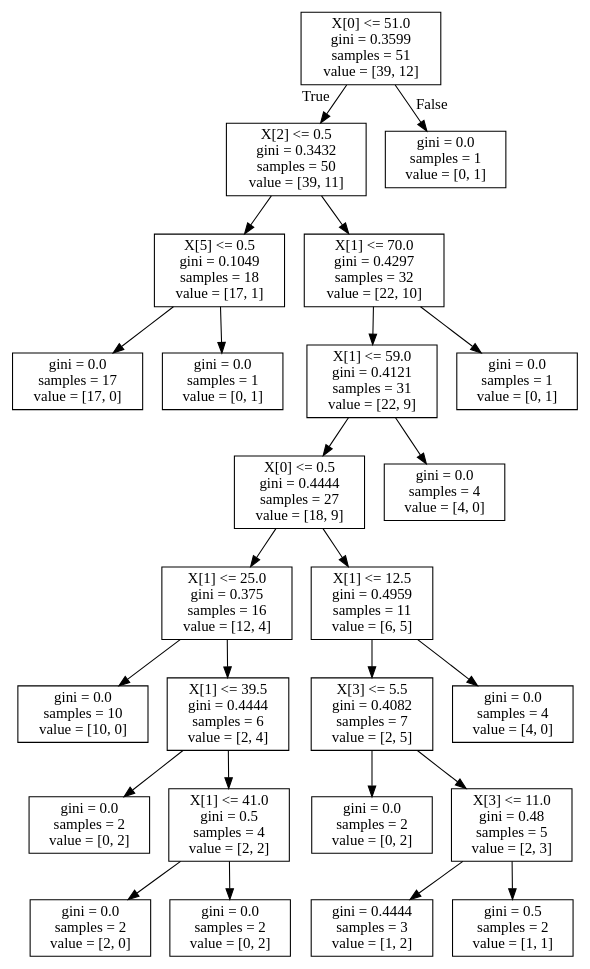
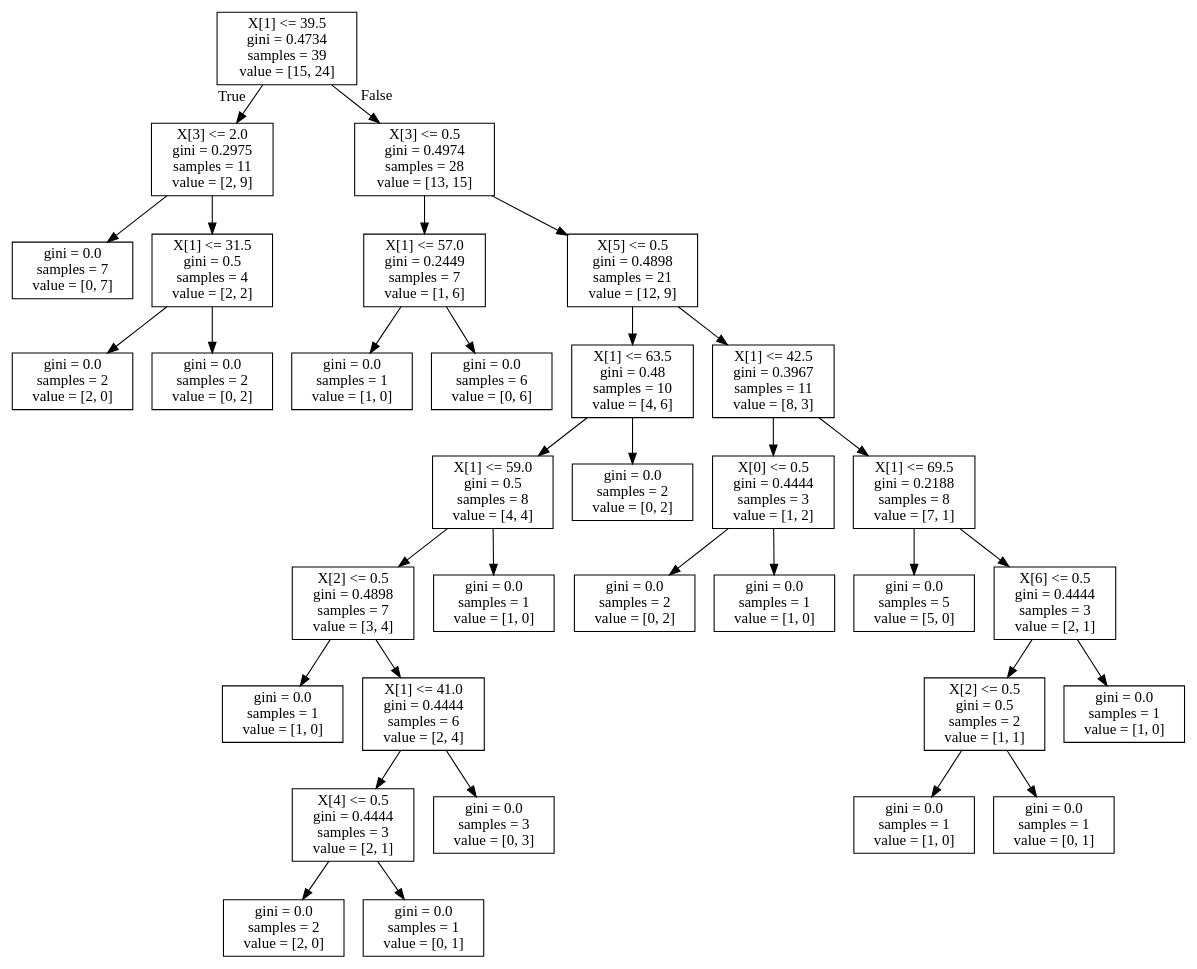
Before and after one commit to DeepinSC/Machine_learning-Countryside: the diagram in iris.dot, drawn with Graphviz. The commit also changed 4 other files, not shown here.

```diff
--- a/iris.dot
+++ b/iris.dot
@@ -1,52 +1,68 @@
 digraph Tree {
 node [shape=box] ;
-0 [label="X[0] <= 51.0\ngini = 0.3599\nsamples = 51\nvalue = [39, 12]"] ;
-1 [label="X[2] <= 0.5\ngini = 0.3432\nsamples = 50\nvalue = [39, 11]"] ;
+0 [label="X[1] <= 39.5\ngini = 0.4734\nsamples = 39\nvalue = [15, 24]"] ;
+1 [label="X[3] <= 2.0\ngini = 0.2975\nsamples = 11\nvalue = [2, 9]"] ;
 0 -> 1 [labeldistance=2.5, labelangle=45, headlabel="True"] ;
-2 [label="X[5] <= 0.5\ngini = 0.1049\nsamples = 18\nvalue = [17, 1]"] ;
+2 [label="gini = 0.0\nsamples = 7\nvalue = [0, 7]"] ;
 1 -> 2 ;
-3 [label="gini = 0.0\nsamples = 17\nvalue = [17, 0]"] ;
-2 -> 3 ;
-4 [label="gini = 0.0\nsamples = 1\nvalue = [0, 1]"] ;
-2 -> 4 ;
-5 [label="X[1] <= 70.0\ngini = 0.4297\nsamples = 32\nvalue = [22, 10]"] ;
-1 -> 5 ;
-6 [label="X[1] <= 59.0\ngini = 0.4121\nsamples = 31\nvalue = [22, 9]"] ;
-5 -> 6 ;
-7 [label="X[0] <= 0.5\ngini = 0.4444\nsamples = 27\nvalue = [18, 9]"] ;
+3 [label="X[1] <= 31.5\ngini = 0.5\nsamples = 4\nvalue = [2, 2]"] ;
+1 -> 3 ;
+4 [label="gini = 0.0\nsamples = 2\nvalue = [2, 0]"] ;
+3 -> 4 ;
+5 [label="gini = 0.0\nsamples = 2\nvalue = [0, 2]"] ;
+3 -> 5 ;
+6 [label="X[3] <= 0.5\ngini = 0.4974\nsamples = 28\nvalue = [13, 15]"] ;
+0 -> 6 [labeldistance=2.5, labelangle=-45, headlabel="False"] ;
+7 [label="X[1] <= 57.0\ngini = 0.2449\nsamples = 7\nvalue = [1, 6]"] ;
 6 -> 7 ;
-8 [label="X[1] <= 25.0\ngini = 0.375\nsamples = 16\nvalue = [12, 4]"] ;
+8 [label="gini = 0.0\nsamples = 1\nvalue = [1, 0]"] ;
 7 -> 8 ;
-9 [label="gini = 0.0\nsamples = 10\nvalue = [10, 0]"] ;
-8 -> 9 ;
-10 [label="X[1] <= 39.5\ngini = 0.4444\nsamples = 6\nvalue = [2, 4]"] ;
-8 -> 10 ;
-11 [label="gini = 0.0\nsamples = 2\nvalue = [0, 2]"] ;
+9 [label="gini = 0.0\nsamples = 6\nvalue = [0, 6]"] ;
+7 -> 9 ;
+10 [label="X[5] <= 0.5\ngini = 0.4898\nsamples = 21\nvalue = [12, 9]"] ;
+6 -> 10 ;
+11 [label="X[1] <= 63.5\ngini = 0.48\nsamples = 10\nvalue = [4, 6]"] ;
 10 -> 11 ;
-12 [label="X[1] <= 41.0\ngini = 0.5\nsamples = 4\nvalue = [2, 2]"] ;
-10 -> 12 ;
-13 [label="gini = 0.0\nsamples = 2\nvalue = [2, 0]"] ;
+12 [label="X[1] <= 59.0\ngini = 0.5\nsamples = 8\nvalue = [4, 4]"] ;
+11 -> 12 ;
+13 [label="X[2] <= 0.5\ngini = 0.4898\nsamples = 7\nvalue = [3, 4]"] ;
 12 -> 13 ;
-14 [label="gini = 0.0\nsamples = 2\nvalue = [0, 2]"] ;
-12 -> 14 ;
-15 [label="X[1] <= 12.5\ngini = 0.4959\nsamples = 11\nvalue = [6, 5]"] ;
-7 -> 15 ;
-16 [label="X[3] <= 5.5\ngini = 0.4082\nsamples = 7\nvalue = [2, 5]"] ;
+14 [label="gini = 0.0\nsamples = 1\nvalue = [1, 0]"] ;
+13 -> 14 ;
+15 [label="X[1] <= 41.0\ngini = 0.4444\nsamples = 6\nvalue = [2, 4]"] ;
+13 -> 15 ;
+16 [label="X[4] <= 0.5\ngini = 0.4444\nsamples = 3\nvalue = [2, 1]"] ;
 15 -> 16 ;
-17 [label="gini = 0.0\nsamples = 2\nvalue = [0, 2]"] ;
+17 [label="gini = 0.0\nsamples = 2\nvalue = [2, 0]"] ;
 16 -> 17 ;
-18 [label="X[3] <= 11.0\ngini = 0.48\nsamples = 5\nvalue = [2, 3]"] ;
+18 [label="gini = 0.0\nsamples = 1\nvalue = [0, 1]"] ;
 16 -> 18 ;
-19 [label="gini = 0.4444\nsamples = 3\nvalue = [1, 2]"] ;
-18 -> 19 ;
-20 [label="gini = 0.5\nsamples = 2\nvalue = [1, 1]"] ;
-18 -> 20 ;
-21 [label="gini = 0.0\nsamples = 4\nvalue = [4, 0]"] ;
-15 -> 21 ;
-22 [label="gini = 0.0\nsamples = 4\nvalue = [4, 0]"] ;
-6 -> 22 ;
-23 [label="gini = 0.0\nsamples = 1\nvalue = [0, 1]"] ;
-5 -> 23 ;
-24 [label="gini = 0.0\nsamples = 1\nvalue = [0, 1]"] ;
-0 -> 24 [labeldistance=2.5, labelangle=-45, headlabel="False"] ;
+19 [label="gini = 0.0\nsamples = 3\nvalue = [0, 3]"] ;
+15 -> 19 ;
+20 [label="gini = 0.0\nsamples = 1\nvalue = [1, 0]"] ;
+12 -> 20 ;
+21 [label="gini = 0.0\nsamples = 2\nvalue = [0, 2]"] ;
+11 -> 21 ;
+22 [label="X[1] <= 42.5\ngini = 0.3967\nsamples = 11\nvalue = [8, 3]"] ;
+10 -> 22 ;
+23 [label="X[0] <= 0.5\ngini = 0.4444\nsamples = 3\nvalue = [1, 2]"] ;
+22 -> 23 ;
+24 [label="gini = 0.0\nsamples = 2\nvalue = [0, 2]"] ;
+23 -> 24 ;
+25 [label="gini = 0.0\nsamples = 1\nvalue = [1, 0]"] ;
+23 -> 25 ;
+26 [label="X[1] <= 69.5\ngini = 0.2188\nsamples = 8\nvalue = [7, 1]"] ;
+22 -> 26 ;
+27 [label="gini = 0.0\nsamples = 5\nvalue = [5, 0]"] ;
+26 -> 27 ;
+28 [label="X[6] <= 0.5\ngini = 0.4444\nsamples = 3\nvalue = [2, 1]"] ;
+26 -> 28 ;
+29 [label="X[2] <= 0.5\ngini = 0.5\nsamples = 2\nvalue = [1, 1]"] ;
+28 -> 29 ;
+30 [label="gini = 0.0\nsamples = 1\nvalue = [1, 0]"] ;
+29 -> 30 ;
+31 [label="gini = 0.0\nsamples = 1\nvalue = [0, 1]"] ;
+29 -> 31 ;
+32 [label="gini = 0.0\nsamples = 1\nvalue = [1, 0]"] ;
+28 -> 32 ;
 }
```
